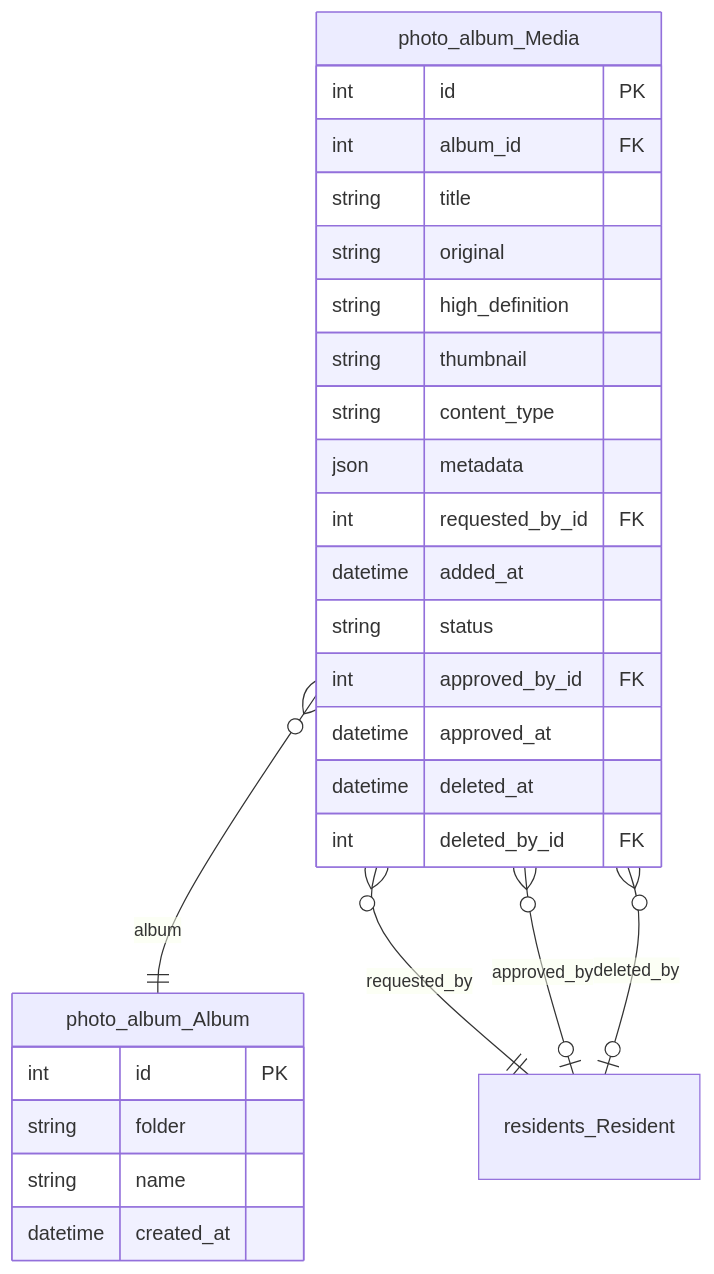
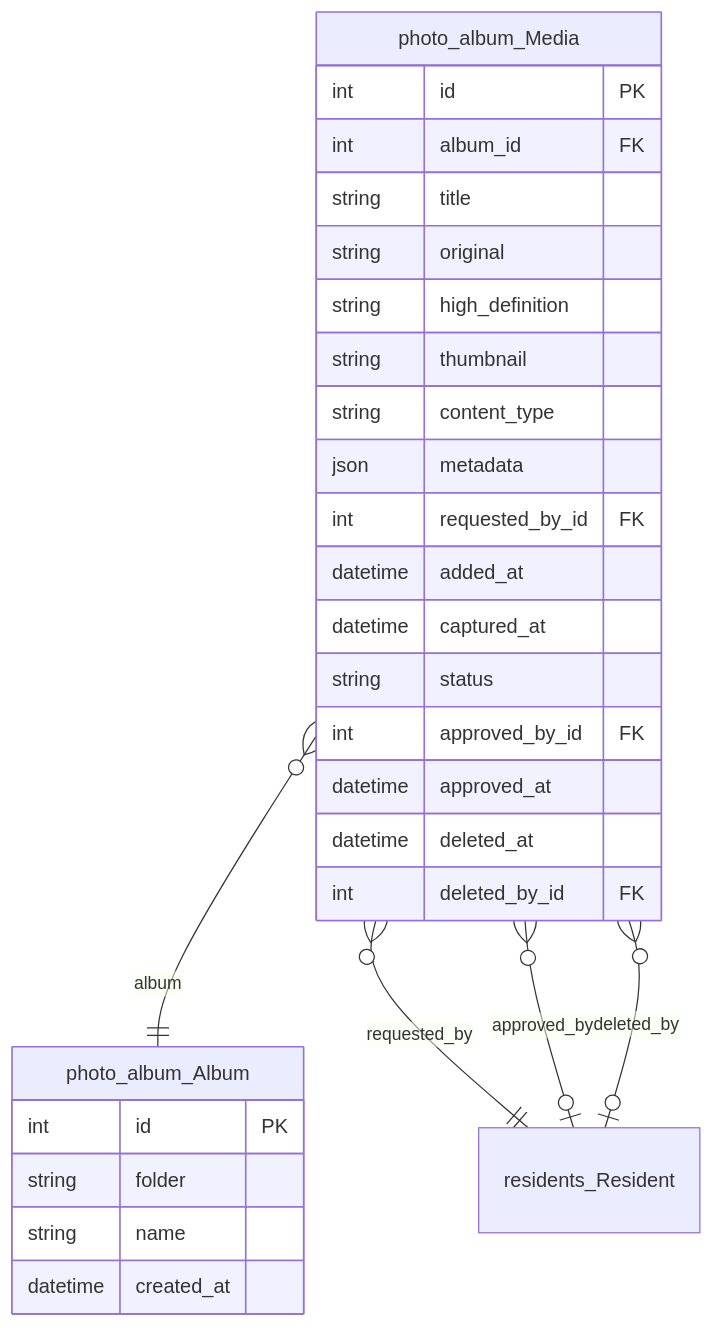
Before and after one commit to GAHK-org/gahk_intern: diagram 11 of 15 in docs/erd.md, drawn with Mermaid. The commit also changed other lines of this file and 7 other files, not shown here.

````diff
--- a/docs/erd.md
+++ b/docs/erd.md
@@ -1150,34 +1151,35 @@
 ```mermaid
 erDiagram
     photo_album_Album {
         int id PK
         string folder
         string name
         datetime created_at
     }
 
     photo_album_Media {
         int id PK
         int album_id FK
         string title
         string original
         string high_definition
         string thumbnail
         string content_type
         json metadata
         int requested_by_id FK
         datetime added_at
+        datetime captured_at
         string status
         int approved_by_id FK
         datetime approved_at
         datetime deleted_at
         int deleted_by_id FK
     }
 
     residents_Resident { }
 
     photo_album_Media }o--|| photo_album_Album : "album"
     photo_album_Media }o--|| residents_Resident : "requested_by"
     photo_album_Media }o--|o residents_Resident : "approved_by"
     photo_album_Media }o--|o residents_Resident : "deleted_by"
 ```
````
